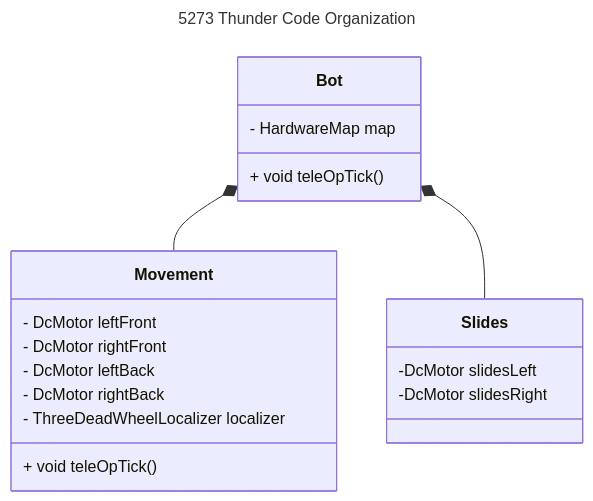
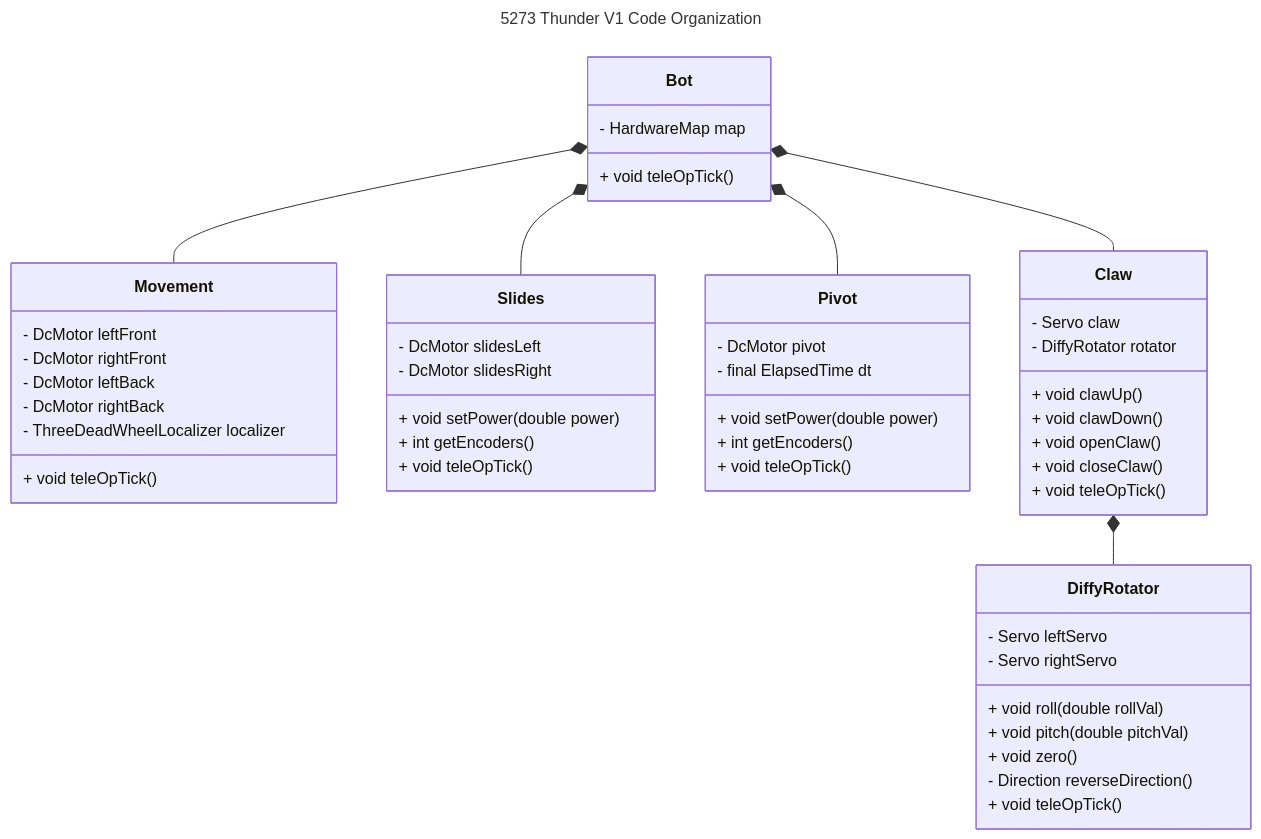
One commit to Andover-Robotics/5273-Into-The-Deep changed the diagram in TeamCode/src/main/java/org/firstinspires/ftc/teamcode/readme.md. Above: the diagram before and after it, drawn with Mermaid.

Commit message:
Finished V1 UML in mermaid

````diff
--- a/TeamCode/src/main/java/org/firstinspires/ftc/teamcode/readme.md
+++ b/TeamCode/src/main/java/org/firstinspires/ftc/teamcode/readme.md
@@ -2,25 +2,56 @@
 ```mermaid
 ---
-title: 5273 Thunder Code Organization
+title: 5273 Thunder V1 Code Organization
 ---
 classDiagram
 class Bot{
     - HardwareMap map
     + void teleOpTick()
 }
 class Movement{
     - DcMotor leftFront
     - DcMotor rightFront
     - DcMotor leftBack
     - DcMotor rightBack
     - ThreeDeadWheelLocalizer localizer
     + void teleOpTick()
 }
 class Slides{
-    -DcMotor slidesLeft
-    -DcMotor slidesRight
-    
+    - DcMotor slidesLeft
+    - DcMotor slidesRight
+    + void setPower(double power)
+    + int getEncoders()
+    + void teleOpTick()
 }
+class Pivot{
+    - DcMotor pivot
+    - final ElapsedTime dt
+    + void setPower(double power)
+    + int getEncoders()
+    + void teleOpTick()
+}
+class DiffyRotator{
+    - Servo leftServo
+    - Servo rightServo
+    + void roll(double rollVal)
+    + void pitch(double pitchVal)
+    + void zero()
+    - Direction reverseDirection()
+    + void teleOpTick()
+}
+class Claw{
+    - Servo claw
+    - DiffyRotator rotator
+    + void clawUp()
+    + void clawDown()
+    + void openClaw()
+    + void closeClaw()
+    + void teleOpTick()
+}
+
+Bot *-- Claw
+Claw *-- DiffyRotator
+Bot *-- Pivot
 Bot *-- Movement
 Bot *--Slides
 ```
````
